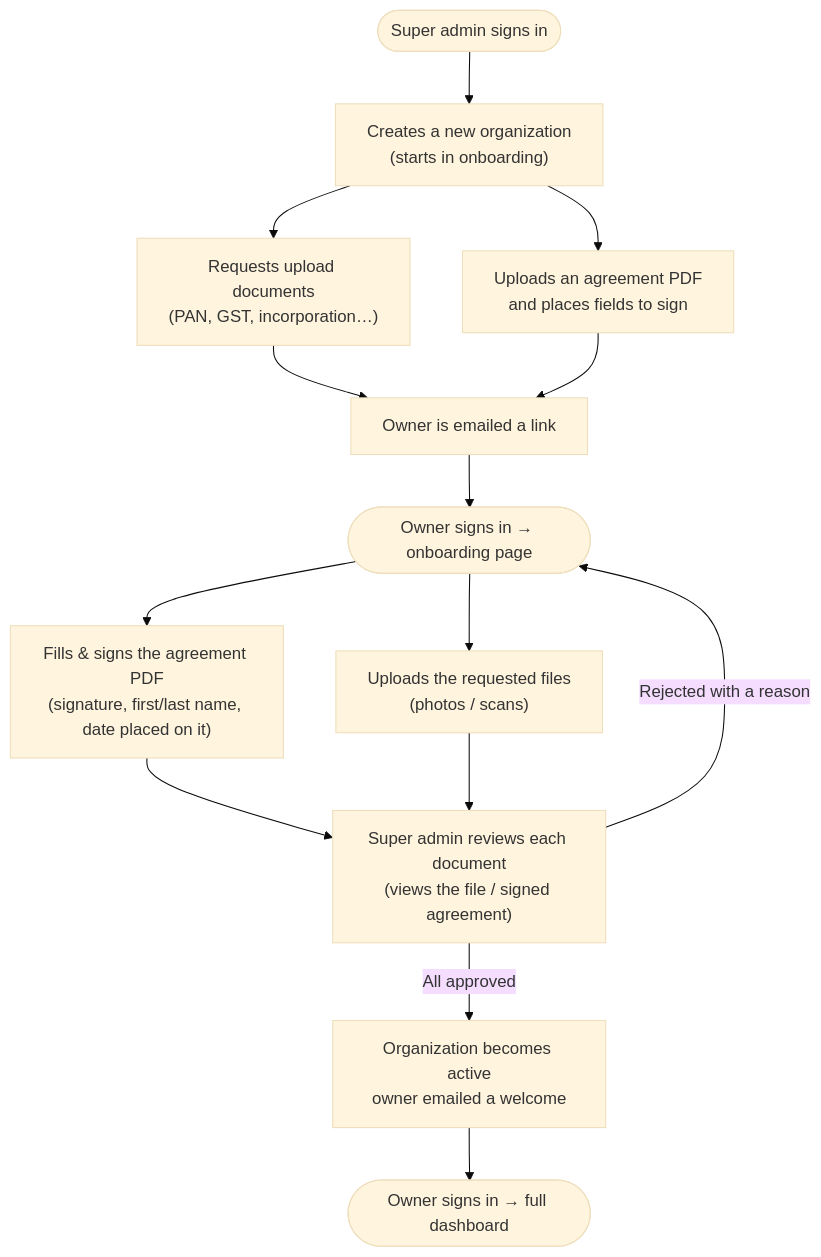
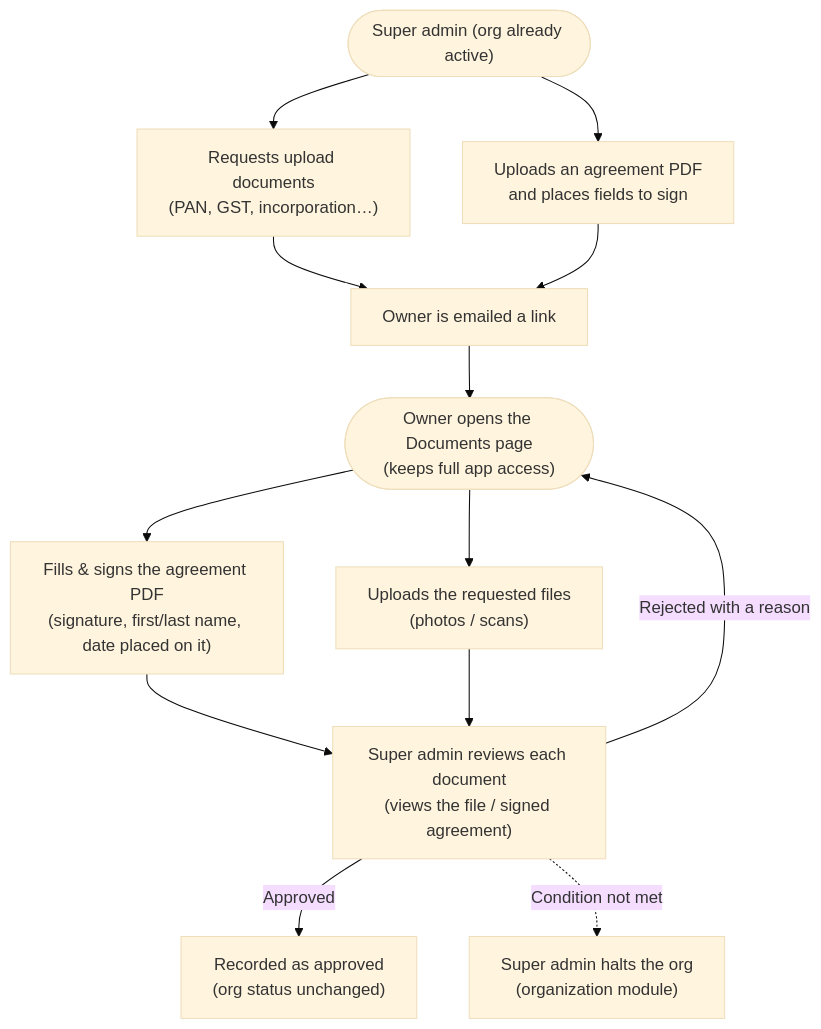
Before and after one commit to ekamjit-nugen/nugenova-backends: the diagram in src/modules/onboarding/PLAYBOOK.md, drawn with Mermaid (base theme). The commit also changed other lines of this file and 33 other files, not shown here.

````diff
--- a/src/modules/onboarding/PLAYBOOK.md
+++ b/src/modules/onboarding/PLAYBOOK.md
@@ -48,16 +49,15 @@
 ```mermaid
 flowchart TD
-    A(["Super admin signs in"]) --> B["Creates a new organization<br/>(starts in onboarding)"]
-    B --> C1["Requests upload documents<br/>(PAN, GST, incorporation…)"]
-    B --> C2["Uploads an agreement PDF<br/>and places fields to sign"]
+    A(["Super admin (org already active)"]) --> C1["Requests upload documents<br/>(PAN, GST, incorporation…)"]
+    A --> C2["Uploads an agreement PDF<br/>and places fields to sign"]
     C1 --> D["Owner is emailed a link"]
     C2 --> D
-    D --> E(["Owner signs in → onboarding page"])
+    D --> E(["Owner opens the Documents page<br/>(keeps full app access)"])
     E --> F["Fills & signs the agreement PDF<br/>(signature, first/last name, date placed on it)"]
     E --> G["Uploads the requested files<br/>(photos / scans)"]
     F --> H["Super admin reviews each document<br/>(views the file / signed agreement)"]
     G --> H
     H -->|"Rejected with a reason"| E
-    H -->|"All approved"| I["Organization becomes active<br/>owner emailed a welcome"]
-    I --> J(["Owner signs in → full dashboard"])
+    H -->|"Approved"| I["Recorded as approved<br/>(org status unchanged)"]
+    H -.->|"Condition not met"| K["Super admin halts the org<br/>(organization module)"]
 ```
````
